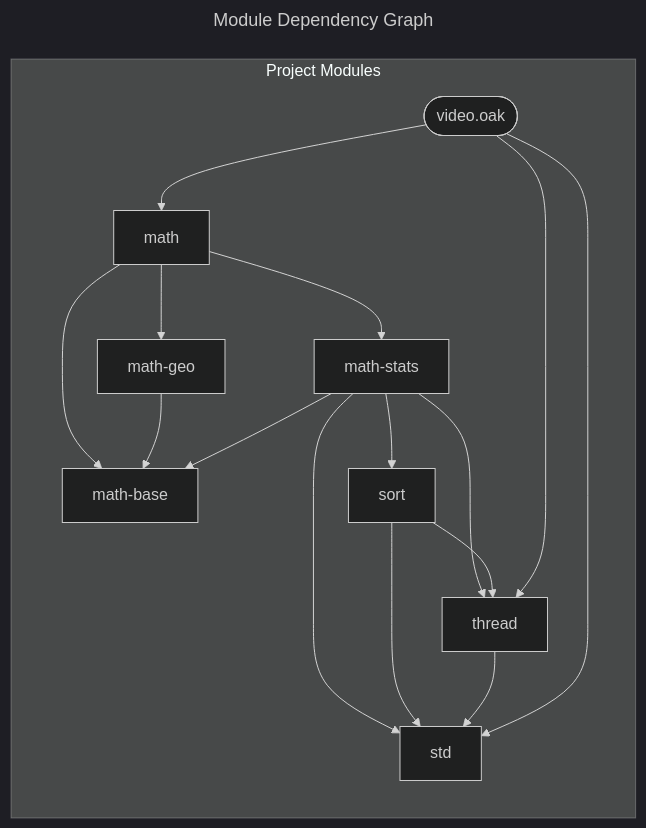
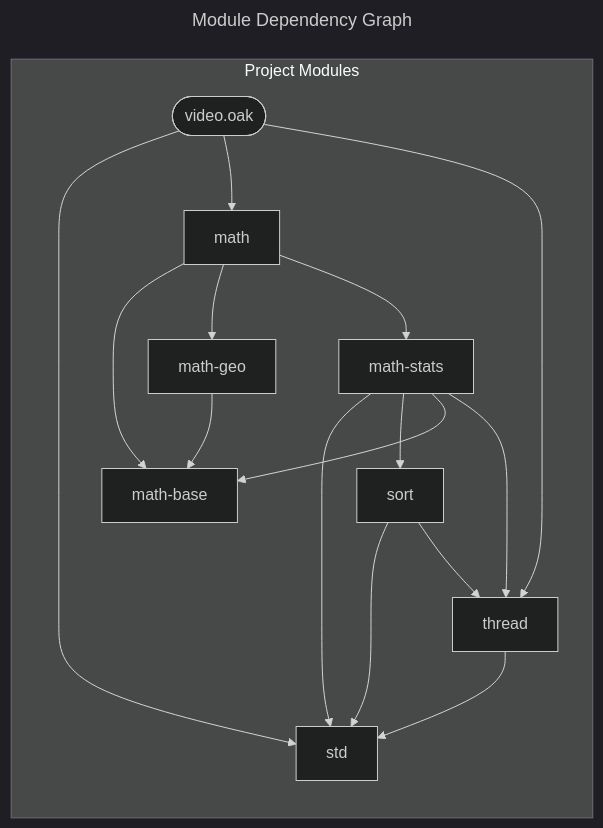
One commit to SpcFORK/magnolia changed the diagram in docs/spec/video.mmd. Above: the diagram before and after it, drawn with Mermaid (dark theme). The commit also changed other lines of this file and 152 other files, not shown here.

First line of the commit message:
Refactor module dependency graphs in documentation

```diff
--- a/docs/spec/video.mmd
+++ b/docs/spec/video.mmd
@@ -1,28 +1,28 @@
 ---
 title: Module Dependency Graph
 ---
 flowchart LR
     subgraph project_modules ["Project Modules"]
+        lib_video_oak(["video.oak"])
         math["math"]
         math_base["math-base"]
         math_geo["math-geo"]
         math_stats["math-stats"]
         sort["sort"]
+        std["std"]
         thread["thread"]
-        lib_video_oak(["video.oak"])
-        std["std"]
     end
+    lib_video_oak --> std
+    lib_video_oak --> math
+    lib_video_oak --> thread
     math --> math_base
     math --> math_geo
     math --> math_stats
     math_geo --> math_base
     math_stats --> std
     math_stats --> sort
     math_stats --> math_base
     math_stats --> thread
     sort --> std
     sort --> thread
     thread --> std
-    lib_video_oak --> std
-    lib_video_oak --> math
-    lib_video_oak --> thread
```
